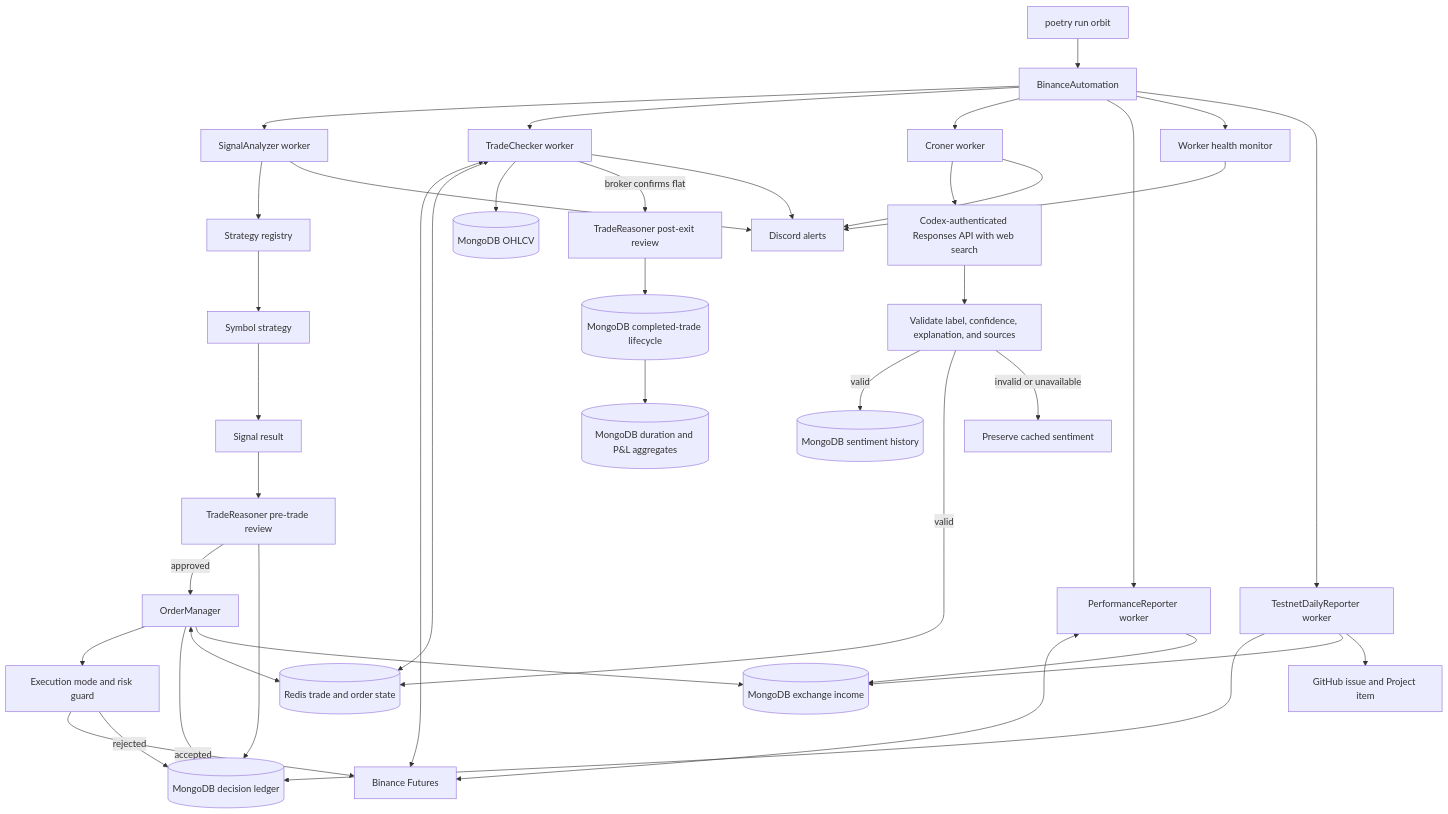
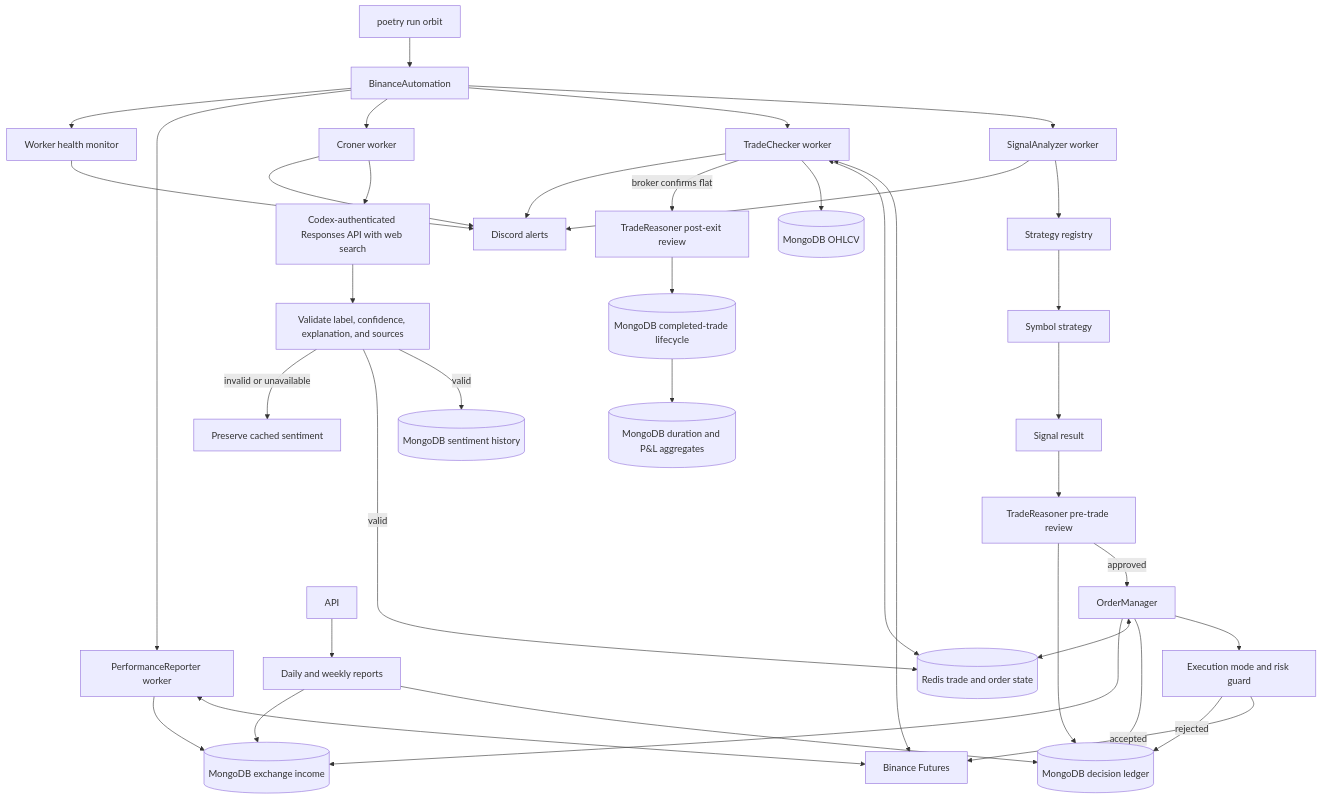
Before and after one commit to B-Lens/Orbit: the diagram in docs/architecture/core_module_flowchart.md, drawn with Mermaid. The commit also changed 14 other files, not shown here.

````diff
--- a/docs/architecture/core_module_flowchart.md
+++ b/docs/architecture/core_module_flowchart.md
@@ -5,50 +5,49 @@
 ```mermaid
 flowchart TD
     Start[poetry run orbit] --> Main[BinanceAutomation]
 
     Main --> Signal[SignalAnalyzer worker]
     Main --> Checker[TradeChecker worker]
     Main --> Cron[Croner worker]
     Main --> Reporter[PerformanceReporter worker]
     Main --> Monitor[Worker health monitor]
 
     Signal --> Registry[Strategy registry]
     Registry --> Strategy[Symbol strategy]
     Strategy --> Result[Signal result]
     Result --> EntryReview[TradeReasoner pre-trade review]
     EntryReview -->|approved| Orders[OrderManager]
     EntryReview --> Decision[(MongoDB decision ledger)]
 
     Orders --> Risk[Execution mode and risk guard]
     Risk -->|accepted| Binance[Binance Futures]
     Risk -->|rejected| Decision
     Orders --> Decision
     Orders <--> State[(Redis trade and order state)]
     Orders --> Income[(MongoDB exchange income)]
 
     Checker <--> Binance
     Checker <--> State
     Checker --> MarketData[(MongoDB OHLCV)]
     Checker -->|broker confirms flat| ExitReview[TradeReasoner post-exit review]
     ExitReview --> Lifecycle[(MongoDB completed-trade lifecycle)]
     Lifecycle --> Aggregates[(MongoDB duration and P&L aggregates)]
 
     Cron --> Codex[Codex-authenticated Responses API with web search]
     Codex --> Validate[Validate label, confidence, explanation, and sources]
     Validate -->|valid| SentimentDB[(MongoDB sentiment history)]
     Validate -->|valid| State
     Validate -->|invalid or unavailable| Preserve[Preserve cached sentiment]
 
     Reporter <--> Binance
     Reporter --> Income
 
-    Main --> Daily[TestnetDailyReporter worker]
-    Daily --> Decision
-    Daily --> Income
-    Daily --> Project[GitHub issue and Project item]
+    API --> Reports[Daily and weekly reports]
+    Reports --> Decision
+    Reports --> Income
 
     Monitor --> Alerts[Discord alerts]
     Signal --> Alerts
     Checker --> Alerts
     Cron --> Alerts
 ```
````
